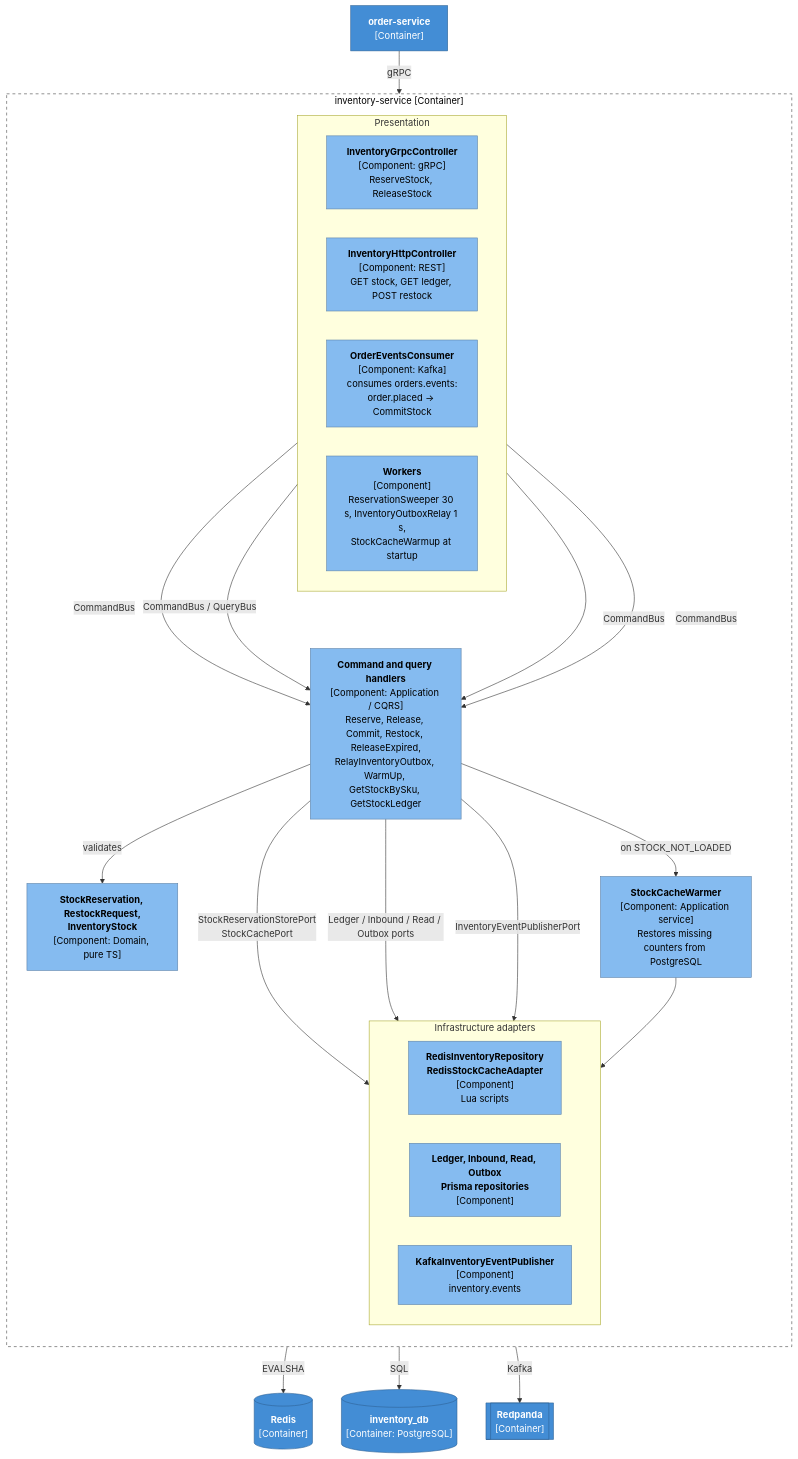
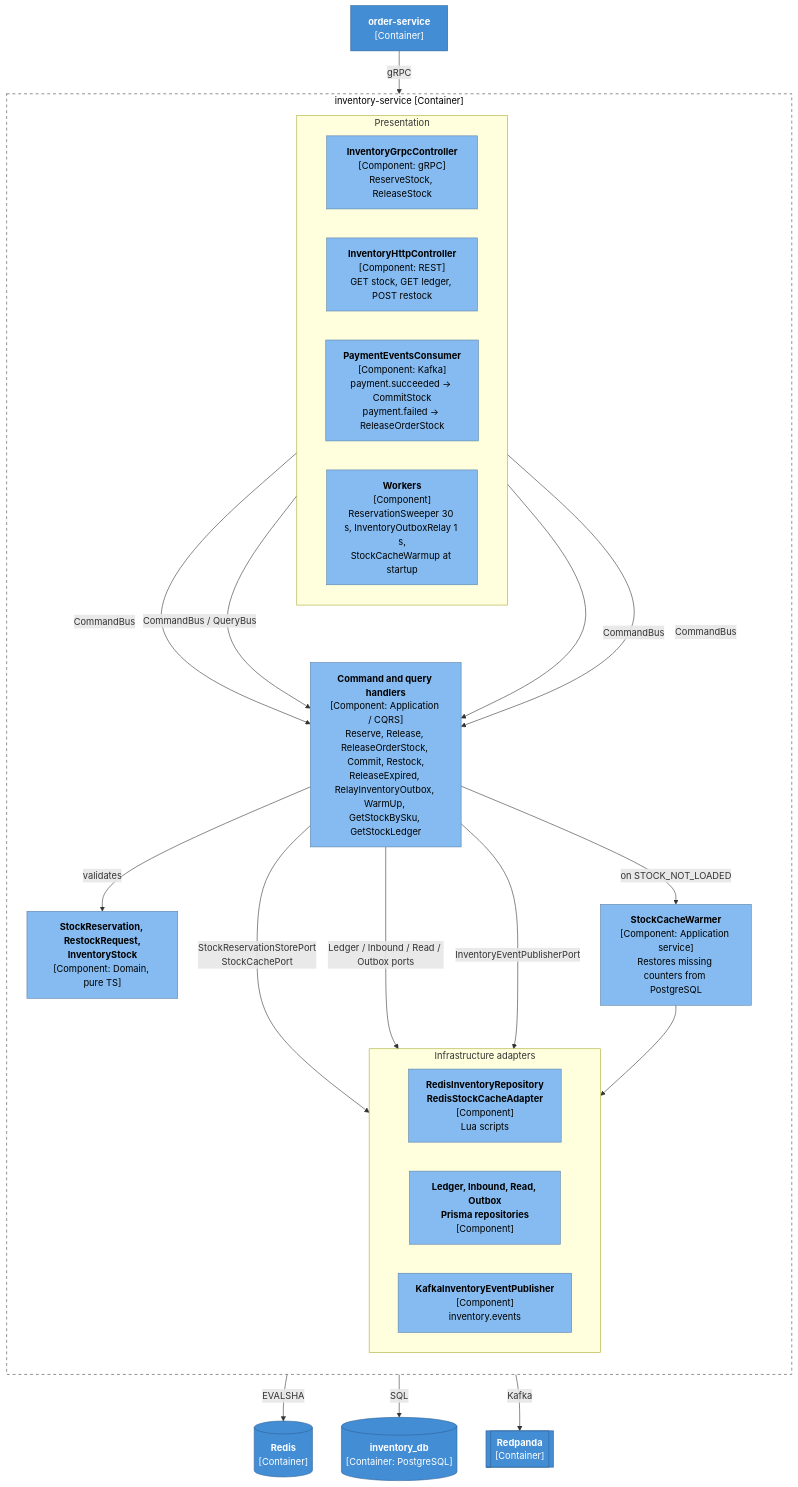
Before and after one commit to NamCaoDev/nestjs-ecommerce: the fifth of 11 diagrams in docs/system-design.md, drawn with Mermaid. The commit also changed other lines of this file and 330 other files, not shown here.

````diff
--- a/docs/system-design.md
+++ b/docs/system-design.md
@@ -158,47 +181,47 @@
 ```mermaid
 flowchart TB
   subgraph svc["inventory-service [Container]"]
     direction TB
     subgraph presentation["Presentation"]
       direction LR
       grpcCtrl["<b>InventoryGrpcController</b><br/>[Component: gRPC]<br/>ReserveStock, ReleaseStock"]:::component
       httpCtrl["<b>InventoryHttpController</b><br/>[Component: REST]<br/>GET stock, GET ledger, POST restock"]:::component
-      consumer["<b>OrderEventsConsumer</b><br/>[Component: Kafka]<br/>consumes orders.events:<br/>order.placed → CommitStock"]:::component
+      consumer["<b>PaymentEventsConsumer</b><br/>[Component: Kafka]<br/>payment.succeeded → CommitStock<br/>payment.failed → ReleaseOrderStock"]:::component
       workers["<b>Workers</b><br/>[Component]<br/>ReservationSweeper 30 s, InventoryOutboxRelay 1 s,<br/>StockCacheWarmup at startup"]:::component
     end
-    handlers["<b>Command and query handlers</b><br/>[Component: Application / CQRS]<br/>Reserve, Release, Commit, Restock, ReleaseExpired,<br/>RelayInventoryOutbox, WarmUp, GetStockBySku, GetStockLedger"]:::component
+    handlers["<b>Command and query handlers</b><br/>[Component: Application / CQRS]<br/>Reserve, Release, ReleaseOrderStock, Commit, Restock,<br/>ReleaseExpired, RelayInventoryOutbox, WarmUp, GetStockBySku, GetStockLedger"]:::component
     warmer["<b>StockCacheWarmer</b><br/>[Component: Application service]<br/>Restores missing counters from PostgreSQL"]:::component
     domain["<b>StockReservation, RestockRequest,<br/>InventoryStock</b><br/>[Component: Domain, pure TS]"]:::component
     subgraph infrastructure["Infrastructure adapters"]
       direction LR
       redisRepo["<b>RedisInventoryRepository<br/>RedisStockCacheAdapter</b><br/>[Component]<br/>Lua scripts"]:::component
       pg["<b>Ledger, Inbound, Read, Outbox<br/>Prisma repositories</b><br/>[Component]"]:::component
       pub["<b>KafkaInventoryEventPublisher</b><br/>[Component]<br/>inventory.events"]:::component
     end
   end
   order["<b>order-service</b><br/>[Container]"]:::container
   redis[("<b>Redis</b><br/>[Container]")]:::container
   inventoryDb[("<b>inventory_db</b><br/>[Container: PostgreSQL]")]:::container
   kafka[["<b>Redpanda</b><br/>[Container]"]]:::container
   order -- "gRPC" --> grpcCtrl
   grpcCtrl -- "CommandBus" --> handlers
   httpCtrl -- "CommandBus / QueryBus" --> handlers
   consumer -- "CommandBus" --> handlers
   workers -- "CommandBus" --> handlers
   handlers -- "validates" --> domain
   handlers -- "on STOCK_NOT_LOADED" --> warmer
   handlers -- "StockReservationStorePort<br/>StockCachePort" --> redisRepo
   handlers -- "Ledger / Inbound / Read / Outbox ports" --> pg
   handlers -- "InventoryEventPublisherPort" --> pub
   warmer --> redisRepo
   redisRepo -- "EVALSHA" --> redis
   pg -- "SQL" --> inventoryDb
   pub -- "Kafka" --> kafka
   classDef person fill:#08427b,stroke:#052e56,color:#fff
   classDef system fill:#1168bd,stroke:#0b4884,color:#fff
   classDef external fill:#999999,stroke:#6b6b6b,color:#fff
   classDef container fill:#438dd5,stroke:#2e6295,color:#fff
   classDef component fill:#85bbf0,stroke:#5d82a8,color:#000
   classDef boundary fill:#ffffff,stroke:#444,stroke-dasharray:5 5,color:#000
   class svc boundary
 ```
````
